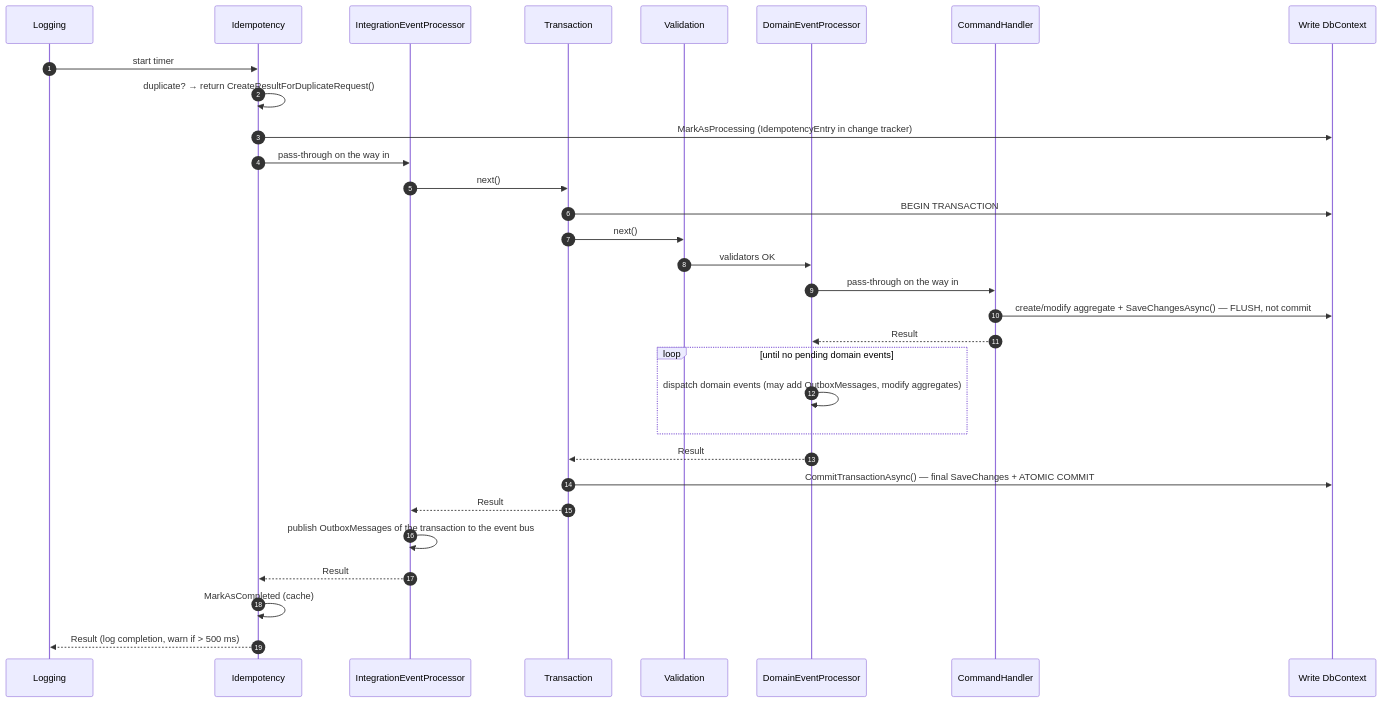
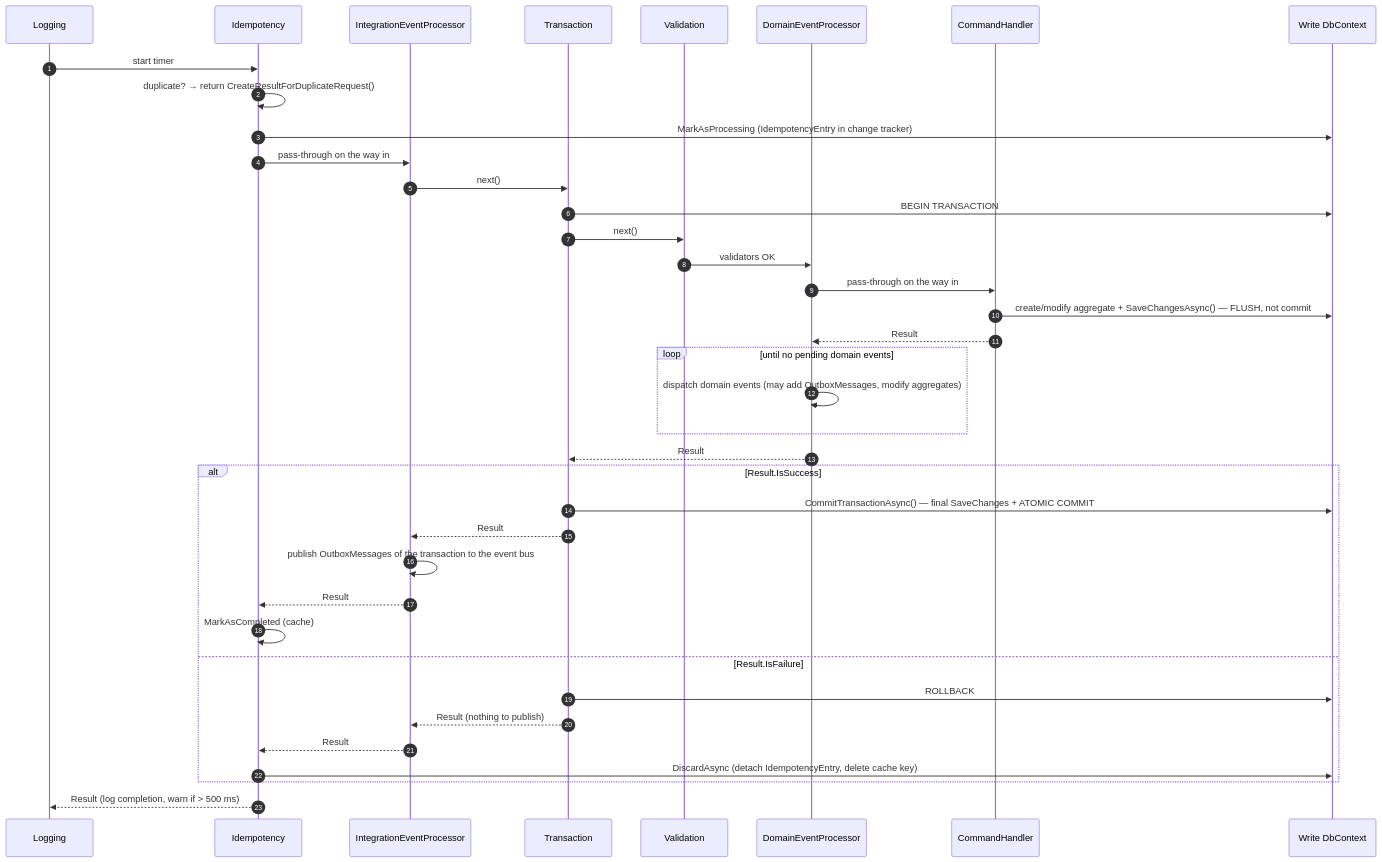
Before and after one commit to miquelalcaraz/Labs.ServicePlatform: the first of 2 diagrams in docs/developer-guide/02-transactional-pipeline.md, drawn with Mermaid. The commit also changed other lines of this file and 55 other files, not shown here.

First line of the commit message:
fix: roll back failed Result commands, discard idempotency keys and update dependencies (#12)

````diff
--- a/docs/developer-guide/02-transactional-pipeline.md
+++ b/docs/developer-guide/02-transactional-pipeline.md
@@ -26,34 +26,41 @@
 ```mermaid
 sequenceDiagram
     autonumber
     participant LOG as Logging
     participant IDM as Idempotency
     participant IEP as IntegrationEventProcessor
     participant TX as Transaction
     participant VAL as Validation
     participant DEP as DomainEventProcessor
     participant H as CommandHandler
     participant DB as Write DbContext
 
     LOG->>IDM: start timer
     IDM->>IDM: duplicate? → return CreateResultForDuplicateRequest()
     IDM->>DB: MarkAsProcessing (IdempotencyEntry in change tracker)
     IDM->>IEP: pass-through on the way in
     IEP->>TX: next()
     TX->>DB: BEGIN TRANSACTION
     TX->>VAL: next()
     VAL->>DEP: validators OK
     DEP->>H: pass-through on the way in
     H->>DB: create/modify aggregate + SaveChangesAsync() — FLUSH, not commit
     H-->>DEP: Result
     loop until no pending domain events
         DEP->>DEP: dispatch domain events (may add OutboxMessages, modify aggregates)
     end
     DEP-->>TX: Result
-    TX->>DB: CommitTransactionAsync() — final SaveChanges + ATOMIC COMMIT
-    TX-->>IEP: Result
-    IEP->>IEP: publish OutboxMessages of the transaction to the event bus
-    IEP-->>IDM: Result
-    IDM->>IDM: MarkAsCompleted (cache)
+    alt Result.IsSuccess
+        TX->>DB: CommitTransactionAsync() — final SaveChanges + ATOMIC COMMIT
+        TX-->>IEP: Result
+        IEP->>IEP: publish OutboxMessages of the transaction to the event bus
+        IEP-->>IDM: Result
+        IDM->>IDM: MarkAsCompleted (cache)
+    else Result.IsFailure
+        TX->>DB: ROLLBACK
+        TX-->>IEP: Result (nothing to publish)
+        IEP-->>IDM: Result
+        IDM->>DB: DiscardAsync (detach IdempotencyEntry, delete cache key)
+    end
     IDM-->>LOG: Result (log completion, warn if > 500 ms)
 ```
````
